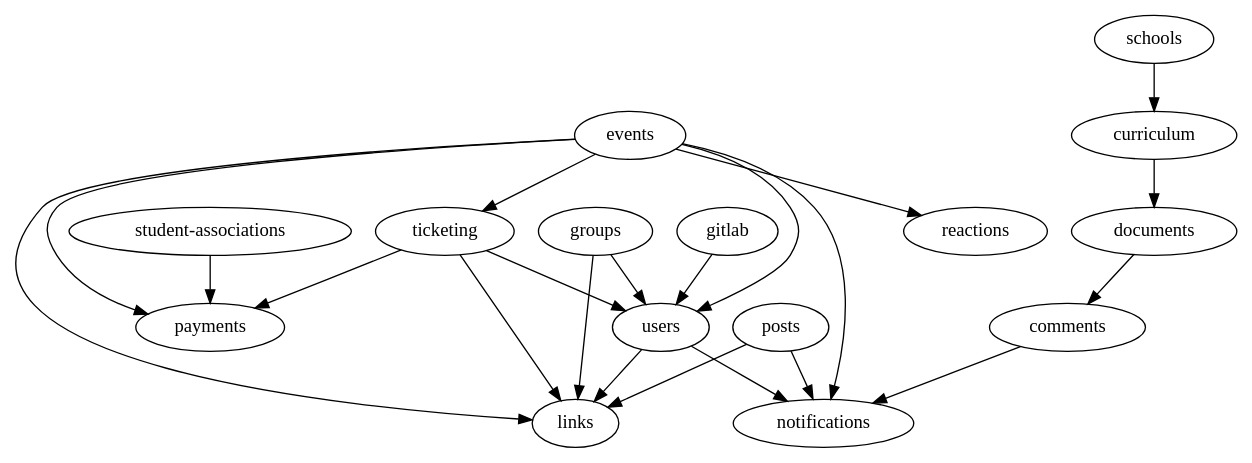
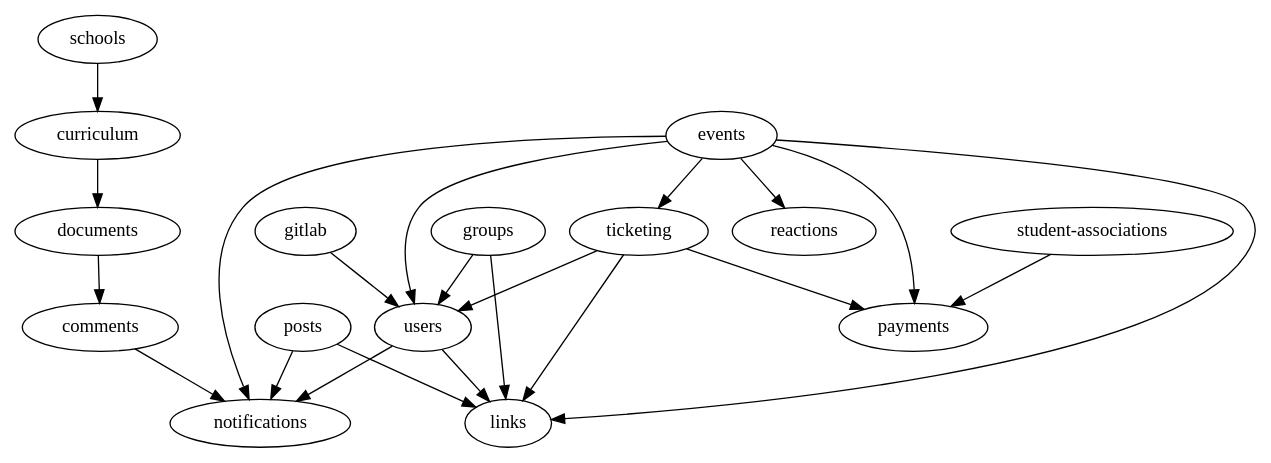
Before and after one commit to inp-net/churros: the diagram in packages/api/scripts/modules-import-graph.dot, drawn with Graphviz. The commit also changed 10 other files, not shown here.

```diff
--- a/packages/api/scripts/modules-import-graph.dot
+++ b/packages/api/scripts/modules-import-graph.dot
@@ -1,38 +1,23 @@
-strict digraph  {
-documents;
-comments;
-schools;
-curriculum;
-"student-associations";
-payments;
-ticketing;
-links;
-users;
-groups;
-events;
-reactions;
-notifications;
-posts;
-gitlab;
-documents -> comments;
-comments -> notifications;
-schools -> curriculum;
-curriculum -> documents;
-"student-associations" -> payments;
-ticketing -> payments;
-ticketing -> links;
-ticketing -> users;
-users -> links;
-users -> notifications;
-groups -> links;
-groups -> users;
-events -> payments;
-events -> reactions;
-events -> notifications;
-events -> ticketing;
-events -> links;
-events -> users;
-posts -> links;
-posts -> notifications;
-gitlab -> users;
+strict digraph ImportGraph {
+    "comments" -> "notifications";
+    "curriculum" -> "documents";
+    "documents" -> "comments";
+    "events" -> "notifications";
+    "events" -> "users";
+    "events" -> "payments";
+    "events" -> "reactions";
+    "events" -> "ticketing";
+    "events" -> "links";
+    "gitlab" -> "users";
+    "groups" -> "links";
+    "groups" -> "users";
+    "posts" -> "notifications";
+    "posts" -> "links";
+    "schools" -> "curriculum";
+    "student-associations" -> "payments";
+    "ticketing" -> "payments";
+    "ticketing" -> "links";
+    "ticketing" -> "users";
+    "users" -> "notifications";
+    "users" -> "links";
 }
```
